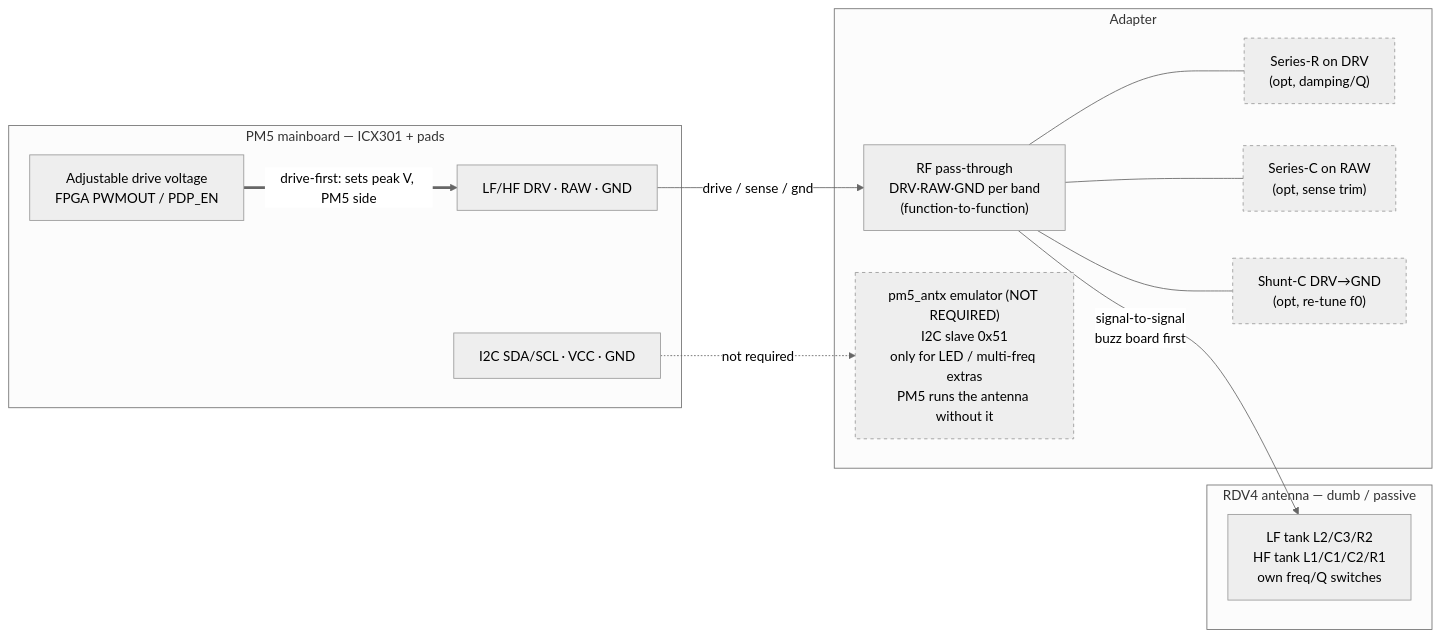
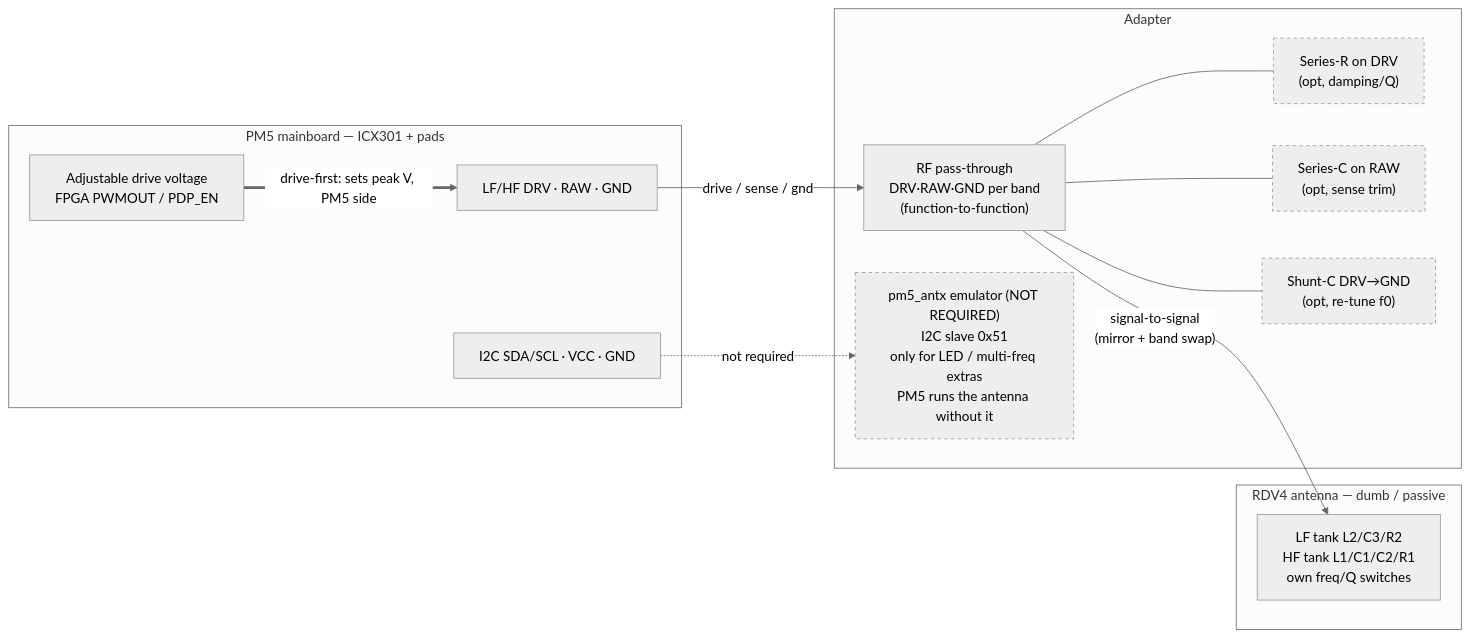
Before and after one commit to nemanjan00/pm5-rdv4-antenna-adapter: the first of 2 diagrams in README.md, drawn with Mermaid (neutral theme). The commit also changed other lines of this file, not shown here.

````diff
--- a/README.md
+++ b/README.md
@@ -131,31 +127,31 @@
 ```mermaid
 flowchart LR
     subgraph PM5["PM5 mainboard — ICX301 + pads"]
         RF_OUT["LF/HF DRV · RAW · GND"]
         CTRL_OUT["I2C SDA/SCL · VCC · GND"]
         BOOST["Adjustable drive voltage<br/>FPGA PWMOUT / PDP_EN"]
     end
 
     subgraph ADAPTER["Adapter"]
         RFPATH["RF pass-through<br/>DRV·RAW·GND per band<br/>(function-to-function)"]
         RSER["Series-R on DRV<br/>(opt, damping/Q)"]
         CSER["Series-C on RAW<br/>(opt, sense trim)"]
         CTRIM["Shunt-C DRV→GND<br/>(opt, re-tune f0)"]
         EMU["pm5_antx emulator (NOT REQUIRED)<br/>I2C slave 0x51<br/>only for LED / multi-freq extras<br/>PM5 runs the antenna without it"]
     end
 
     subgraph RDV4["RDV4 antenna — dumb / passive"]
         TANK["LF tank L2/C3/R2<br/>HF tank L1/C1/C2/R1<br/>own freq/Q switches"]
     end
 
     RF_OUT -->|"drive / sense / gnd"| RFPATH
     RFPATH --- RSER
     RFPATH --- CSER
     RFPATH --- CTRIM
-    RFPATH -->|"signal-to-signal<br/>buzz board first"| TANK
+    RFPATH -->|"signal-to-signal<br/>(mirror + band swap)"| TANK
     CTRL_OUT -.->|"not required"| EMU
     BOOST ==>|"drive-first: sets peak V, PM5 side"| RF_OUT
 
     classDef opt stroke-dasharray:4 4;
     class EMU,RSER,CSER,CTRIM opt;
 ```
````
